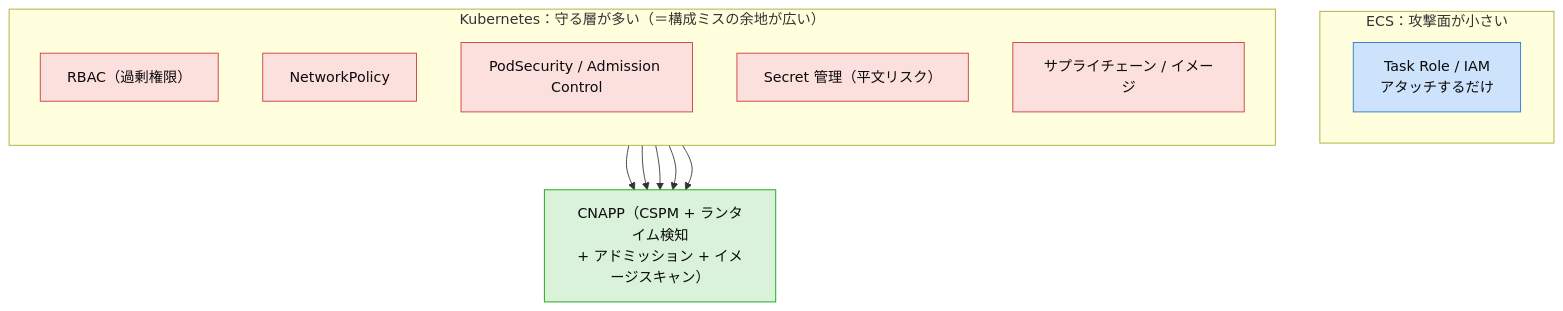
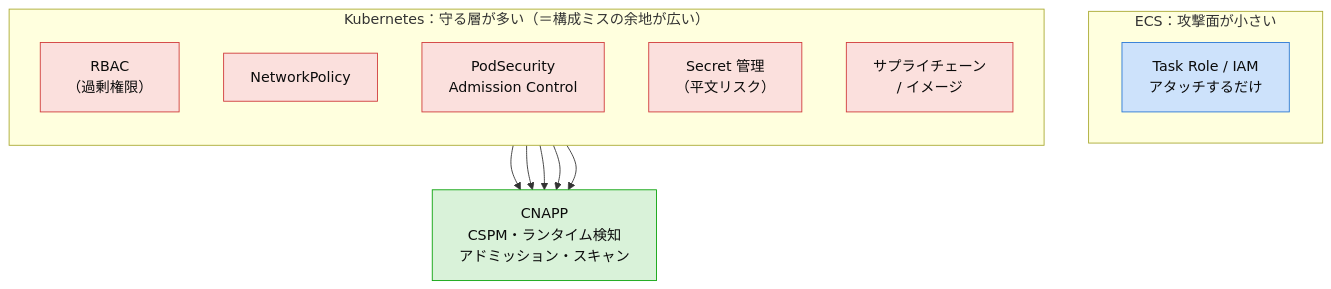
Before and after one commit to keitahigaki-prog/qiita-articles: diagram 12 of 13 in public/ecs-vs-kubernetes.md, drawn with Mermaid. The commit also changed other lines of this file, not shown here.

First line of the commit message:
Fix text/box overlap in diagrams (verified by rendering)

````diff
--- a/public/ecs-vs-kubernetes.md
+++ b/public/ecs-vs-kubernetes.md
@@ -449,26 +440,26 @@
 ```mermaid
 flowchart TB
   subgraph ECSS["ECS：攻撃面が小さい"]
     ES1["Task Role / IAM<br/>アタッチするだけ"]
   end
   subgraph K8SS["Kubernetes：守る層が多い（＝構成ミスの余地が広い）"]
     direction TB
-    KS1["RBAC（過剰権限）"]
+    KS1["RBAC<br/>（過剰権限）"]
     KS2["NetworkPolicy"]
-    KS3["PodSecurity / Admission Control"]
-    KS4["Secret 管理（平文リスク）"]
-    KS5["サプライチェーン / イメージ"]
+    KS3["PodSecurity<br/>Admission Control"]
+    KS4["Secret 管理<br/>（平文リスク）"]
+    KS5["サプライチェーン<br/>/ イメージ"]
   end
-  CNAPP["CNAPP（CSPM + ランタイム検知<br/>+ アドミッション + イメージスキャン）"]
+  CNAPP["CNAPP<br/>CSPM・ランタイム検知<br/>アドミッション・スキャン"]
   KS1 --> CNAPP
   KS2 --> CNAPP
   KS3 --> CNAPP
   KS4 --> CNAPP
   KS5 --> CNAPP
   classDef ecs fill:#cde2fb,stroke:#2a78d6,color:#0b0b0b;
   classDef crit fill:#fbe0dd,stroke:#d03b3b,color:#0b0b0b;
   classDef good fill:#d9f2d9,stroke:#0ca30c,color:#0b0b0b;
   class ES1 ecs;
   class KS1,KS2,KS3,KS4,KS5 crit;
   class CNAPP good;
 ```
````
